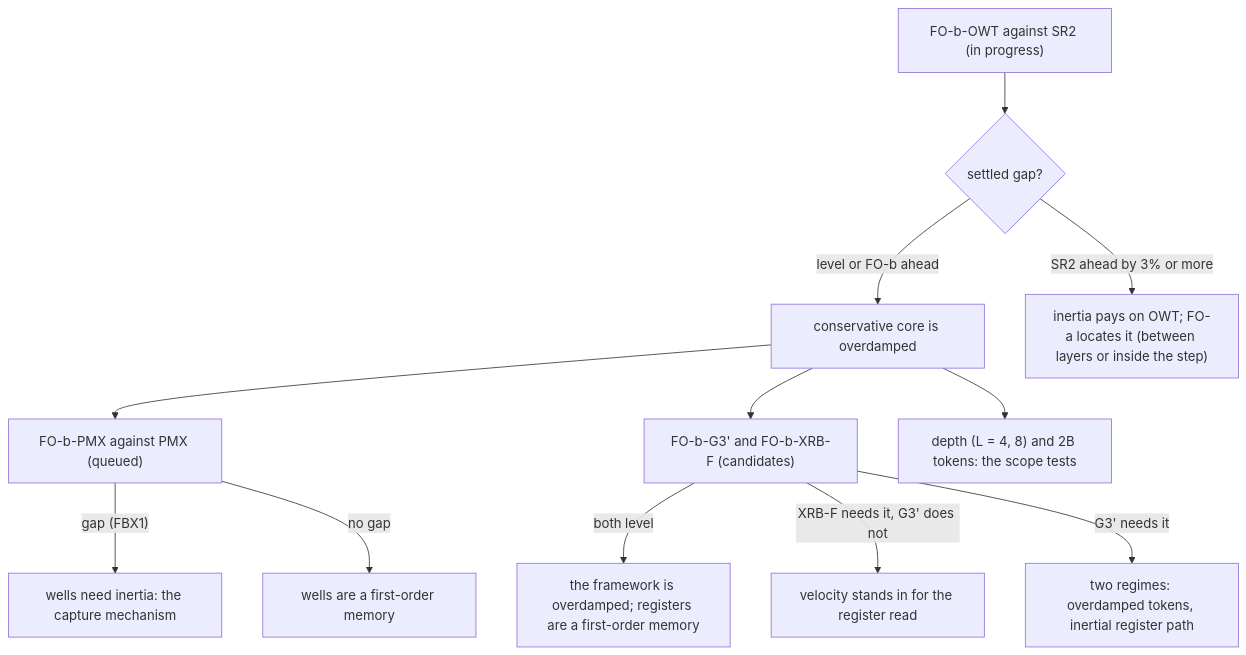
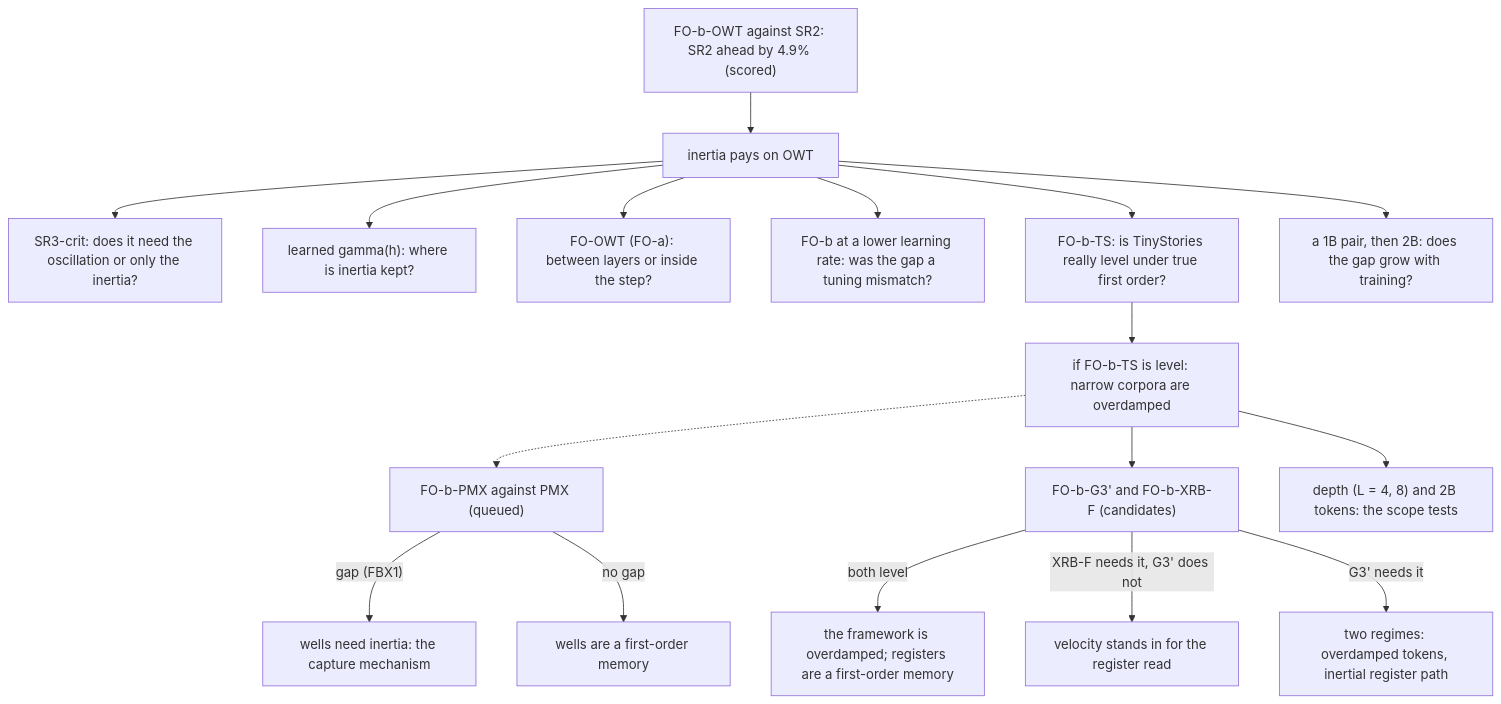
The diagram in companion_notes/Future_of_Semantic_Simulation_When_Second_Order_Earns_Its_Keep.md (dimitarpg13/semsimula-paper), drawn with Mermaid before and after one commit. The commit also changed other lines of this file and 5 other files, not shown here.

````diff
--- a/companion_notes/Future_of_Semantic_Simulation_When_Second_Order_Earns_Its_Keep.md
+++ b/companion_notes/Future_of_Semantic_Simulation_When_Second_Order_Earns_Its_Keep.md
@@ -246,14 +264,19 @@
 ```mermaid
 flowchart TD
-    A["FO-b-OWT against SR2 (in progress)"] --> B{"settled gap?"}
-    B -->|"level or FO-b ahead"| C["conservative core is overdamped"]
-    B -->|"SR2 ahead by 3% or more"| D["inertia pays on OWT; FO-a locates it (between layers or inside the step)"]
-    C --> E["FO-b-PMX against PMX (queued)"]
+    A["FO-b-OWT against SR2: SR2 ahead by 4.9% (scored)"] --> D["inertia pays on OWT"]
+    D --> S["SR3-crit: does it need the oscillation or only the inertia?"]
+    D --> GH["learned gamma(h): where is inertia kept?"]
+    D --> FA["FO-OWT (FO-a): between layers or inside the step?"]
+    D --> LR["FO-b at a lower learning rate: was the gap a tuning mismatch?"]
+    D --> TS["FO-b-TS: is TinyStories really level under true first order?"]
+    D --> B2["a 1B pair, then 2B: does the gap grow with training?"]
+    C["if FO-b-TS is level: narrow corpora are overdamped"] -.-> E["FO-b-PMX against PMX (queued)"]
+    TS --> C
     E -->|"gap (FBX1)"| F["wells need inertia: the capture mechanism"]
     E -->|"no gap"| G["wells are a first-order memory"]
     C --> H["FO-b-G3' and FO-b-XRB-F (candidates)"]
     H -->|"both level"| I["the framework is overdamped; registers are a first-order memory"]
     H -->|"XRB-F needs it, G3' does not"| J["velocity stands in for the register read"]
     H -->|"G3' needs it"| K["two regimes: overdamped tokens, inertial register path"]
     C --> L["depth (L = 4, 8) and 2B tokens: the scope tests"]
 ```
````
